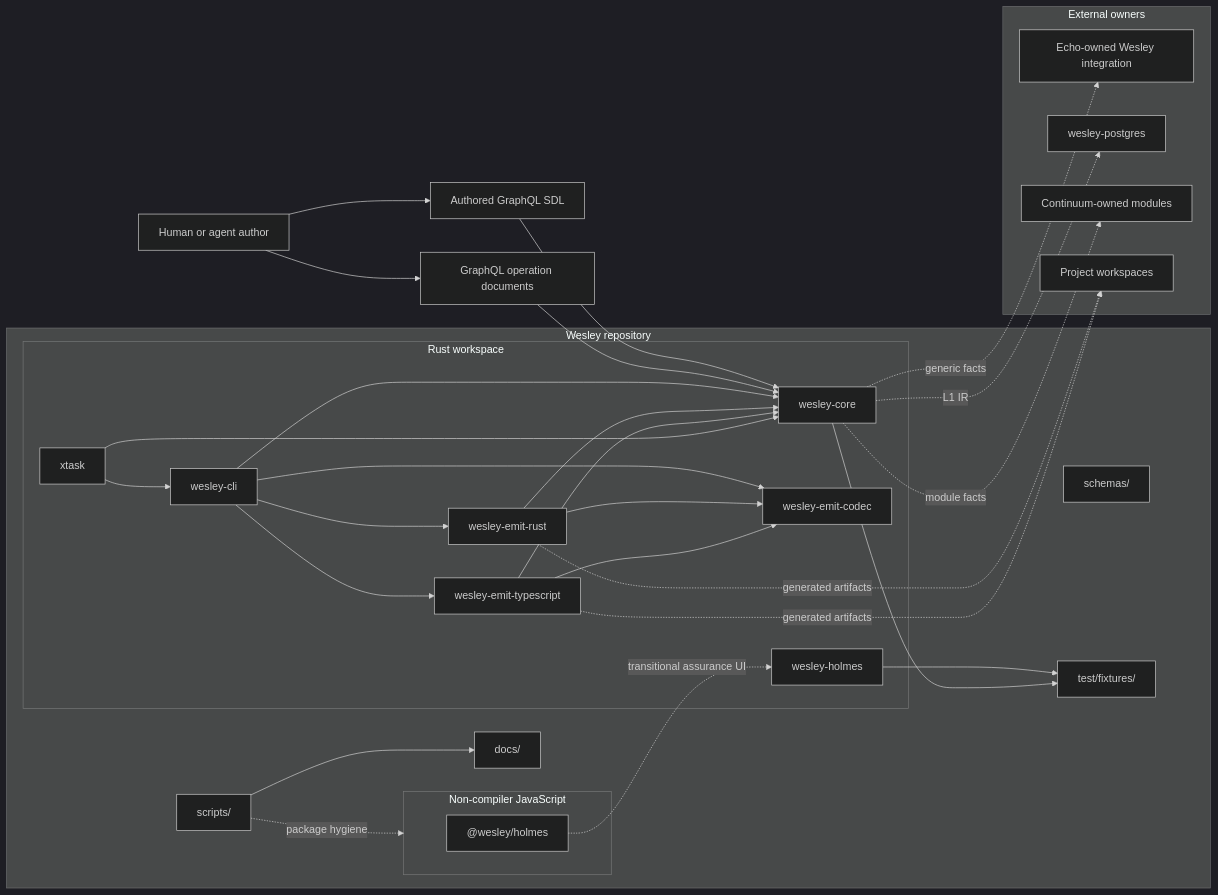
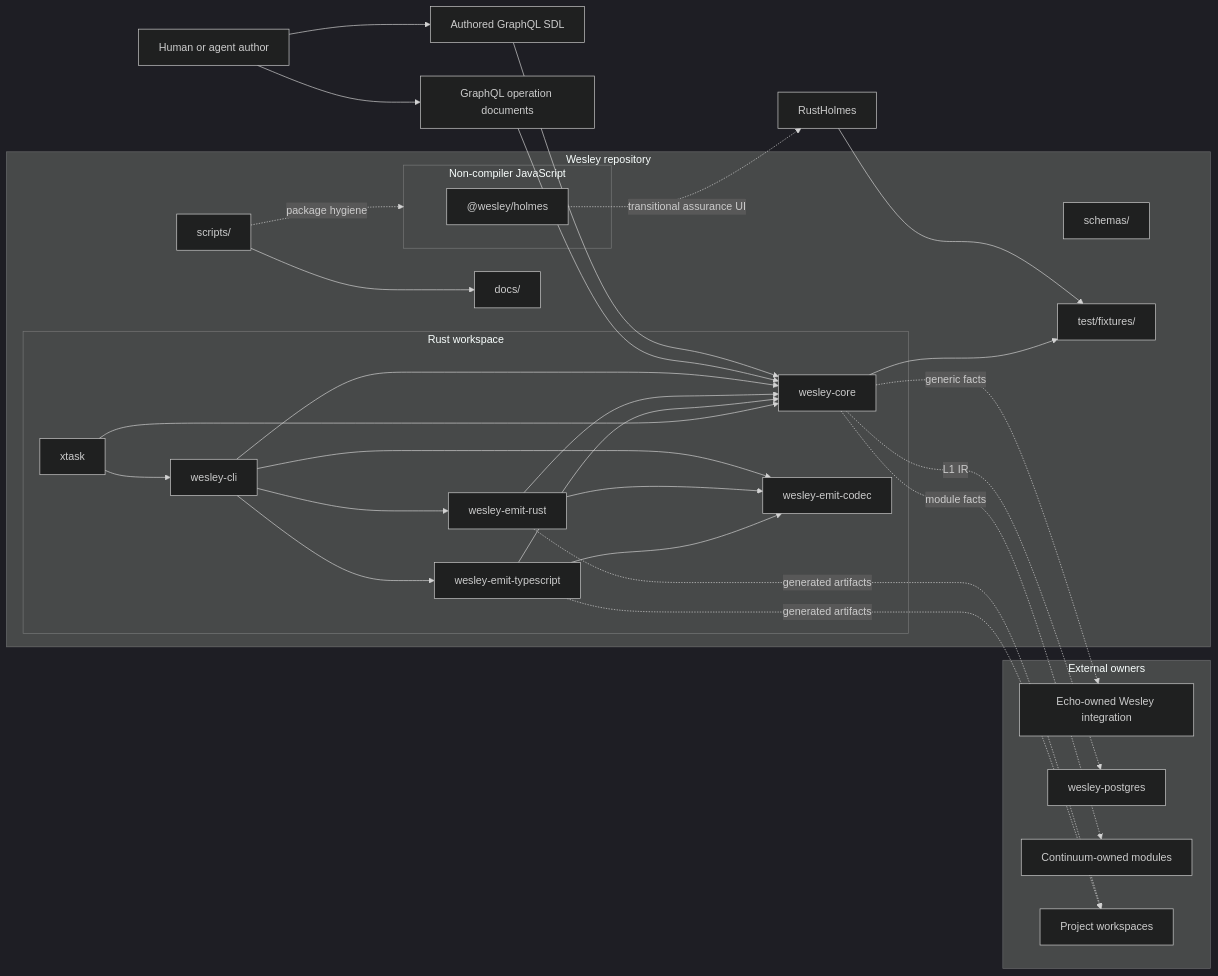
Before and after one commit to flyingrobots/wesley: the first of 9 diagrams in docs/ARCHITECTURE.md, drawn with Mermaid (dark theme). The commit also changed other lines of this file and 140 other files, not shown here.

````diff
--- a/docs/ARCHITECTURE.md
+++ b/docs/ARCHITECTURE.md
@@ -62,58 +57,57 @@
 ```mermaid
 flowchart LR
     Author[Human or agent author] --> SDL[Authored GraphQL SDL]
     Author --> OP[GraphQL operation documents]
 
     subgraph WesleyRepo["Wesley repository"]
         subgraph Rust["Rust workspace"]
             Core[wesley-core]
             CodecPlan[wesley-emit-codec]
             RustEmitter[wesley-emit-rust]
             TsEmitter[wesley-emit-typescript]
-            RustHolmes[wesley-holmes]
             NativeCli[wesley-cli]
             Xtask[xtask]
         end
 
         subgraph JS["Non-compiler JavaScript"]
             Holmes["@wesley/holmes"]
         end
 
         Docs[docs/]
         Schemas[schemas/]
         Fixtures[test/fixtures/]
         Scripts[scripts/]
     end
 
     subgraph External["External owners"]
         Echo[Echo-owned Wesley integration]
         Postgres[wesley-postgres]
         Continuum[Continuum-owned modules]
         Apps[Project workspaces]
     end
 
     SDL --> Core
     OP --> Core
     NativeCli --> Core
     NativeCli --> CodecPlan
     NativeCli --> RustEmitter
     NativeCli --> TsEmitter
     RustEmitter --> Core
     RustEmitter --> CodecPlan
     TsEmitter --> Core
     TsEmitter --> CodecPlan
     RustHolmes --> Fixtures
     Xtask --> NativeCli
     Xtask --> Core
 
     Core --> Fixtures
     Holmes -. transitional assurance UI .-> RustHolmes
     Scripts --> Docs
     Scripts -. package hygiene .-> JS
 
     Core -. generic facts .-> Echo
     Core -. L1 IR .-> Postgres
     Core -. module facts .-> Continuum
     RustEmitter -. generated artifacts .-> Apps
     TsEmitter -. generated artifacts .-> Apps
 ```
````
